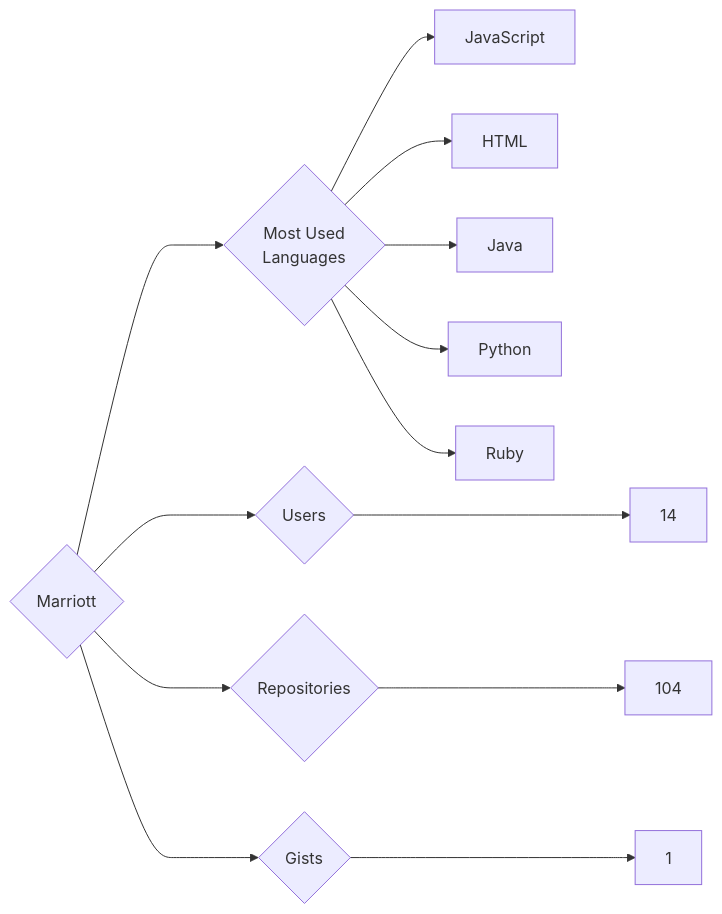
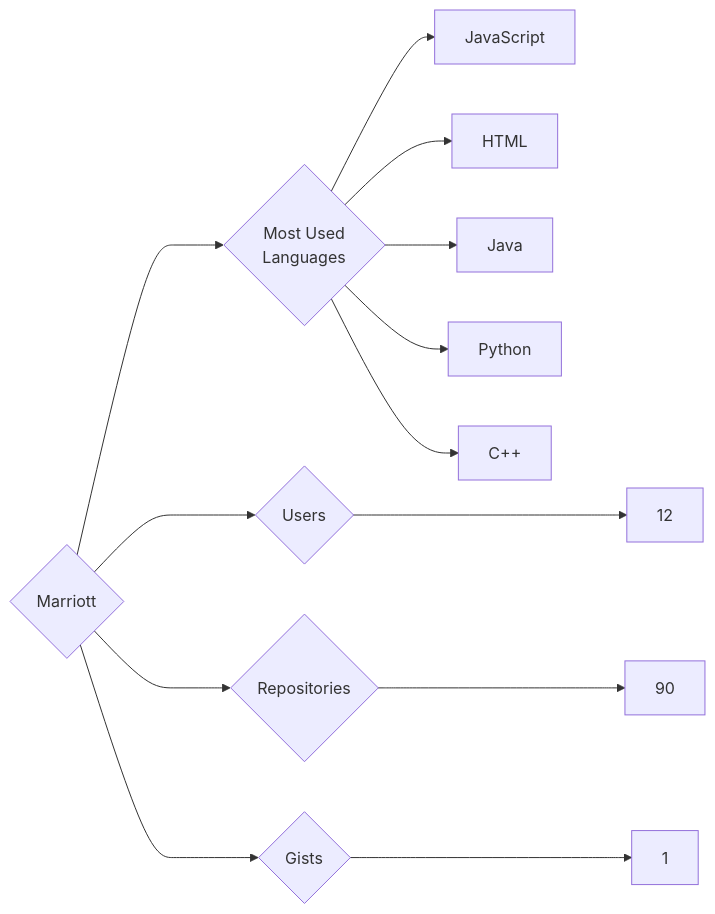
Before and after one commit to trickest/insiders: the diagram in targets/Marriott/README.md, drawn with Mermaid. The commit also changed 796 other files, not shown here.

````diff
--- a/targets/Marriott/README.md
+++ b/targets/Marriott/README.md
@@ -3,13 +3,13 @@
 ```mermaid
 graph LR
 COMPANY_NAME{Marriott}
-COMPANY_NAME ---> U{Users} ---> UN[14]
-COMPANY_NAME ---> R{Repositories} ---> RN[104]
+COMPANY_NAME ---> U{Users} ---> UN[12]
+COMPANY_NAME ---> R{Repositories} ---> RN[90]
 COMPANY_NAME ---> G{Gists} ---> GN[1]
 COMPANY_NAME ---> ML{Most Used<br>Languages}
 ML --> JavaScript[JavaScript]
 ML --> HTML[HTML]
 ML --> Java[Java]
 ML --> Python[Python]
-ML --> Ruby[Ruby]
+ML --> C++[C++]
 ```
````
